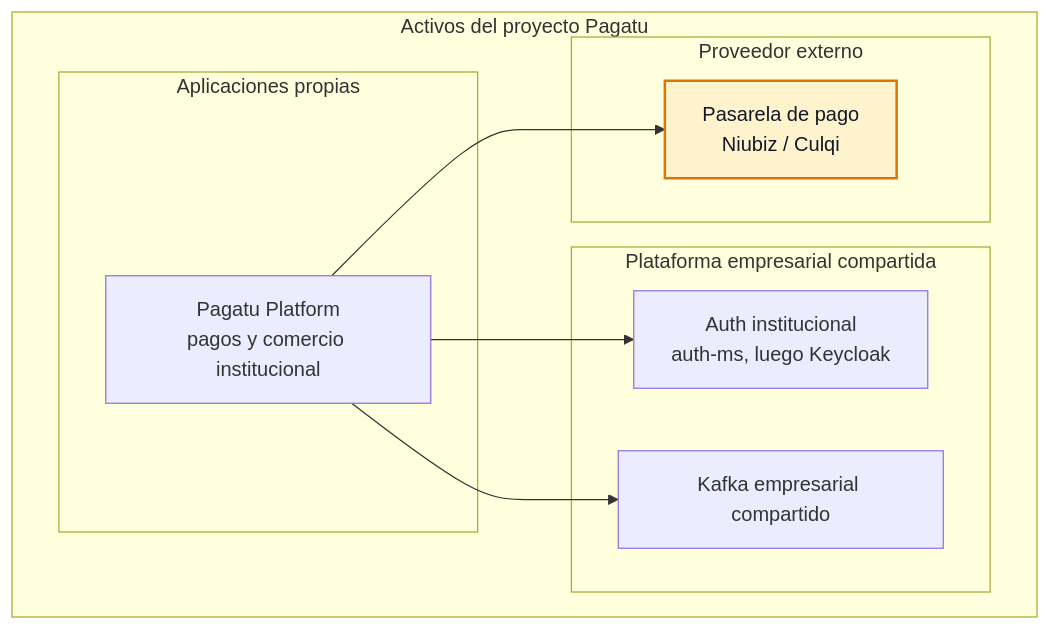
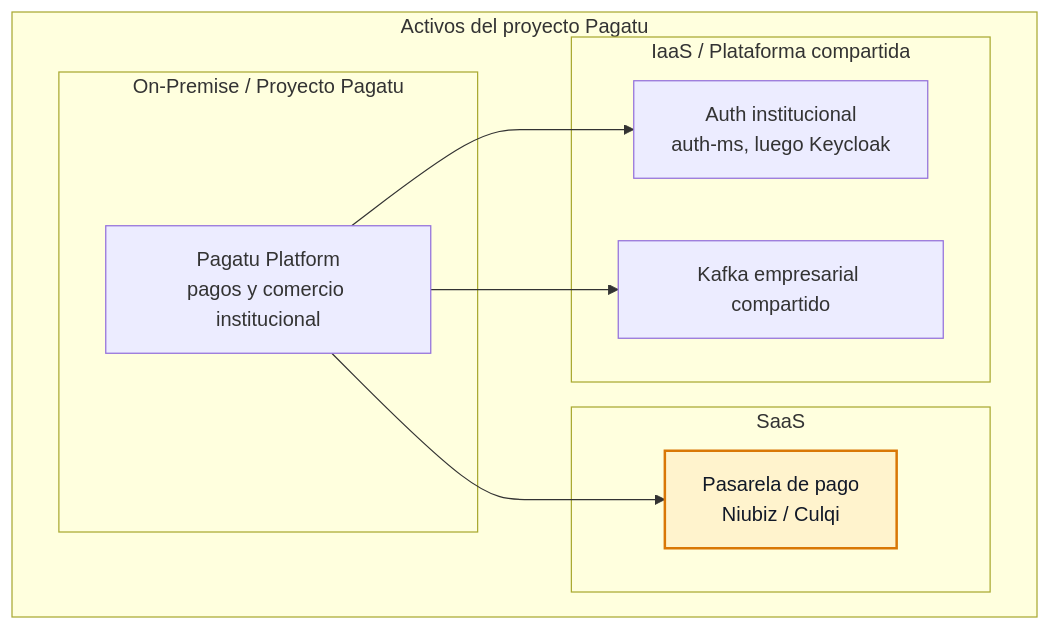
The first of 11 diagrams in README.md (262dist/pagatu), drawn with Mermaid before and after one commit. The commit also changed other lines of this file, not shown here.

````diff
--- a/README.md
+++ b/README.md
@@ -42,24 +42,24 @@
 ```mermaid
 flowchart TB
     subgraph pagatuAssets["Activos del proyecto Pagatu"]
-        subgraph propias["Aplicaciones propias"]
-            pagatuPlatform["Pagatu Platform<br/>pagos y comercio institucional"]
+        subgraph saas["SaaS"]
+            pasarela["Pasarela de pago<br/>Niubiz / Culqi"]
         end
 
-        subgraph compartidas["Plataforma empresarial compartida"]
+        subgraph iaas["IaaS / Plataforma compartida"]
+            kafkaEmp["Kafka empresarial compartido"]
             authApp["Auth institucional<br/>auth-ms, luego Keycloak"]
-            kafkaEmp["Kafka empresarial compartido"]
         end
 
-        subgraph externos["Proveedor externo"]
-            pasarela["Pasarela de pago<br/>Niubiz / Culqi"]
+        subgraph onprem["On-Premise / Proyecto Pagatu"]
+            pagatuPlatform["Pagatu Platform<br/>pagos y comercio institucional"]
         end
     end
 
     pagatuPlatform --> authApp
     pagatuPlatform --> kafkaEmp
     pagatuPlatform --> pasarela
 
     classDef external fill:#fff3cd,stroke:#d97706,stroke-width:2px,color:#111827
     class pasarela external
 ```
````
